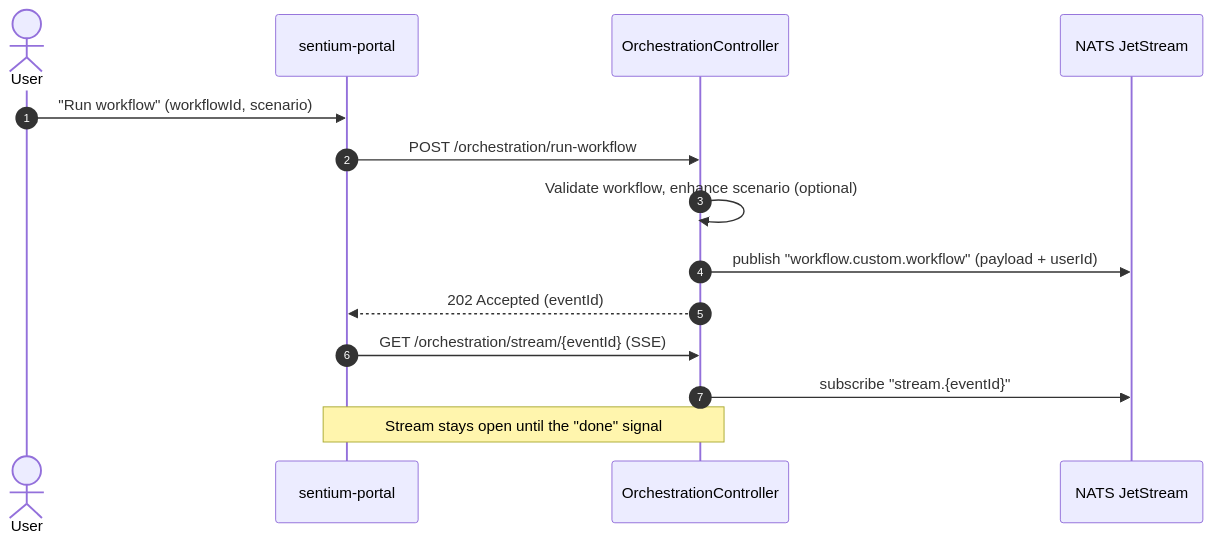
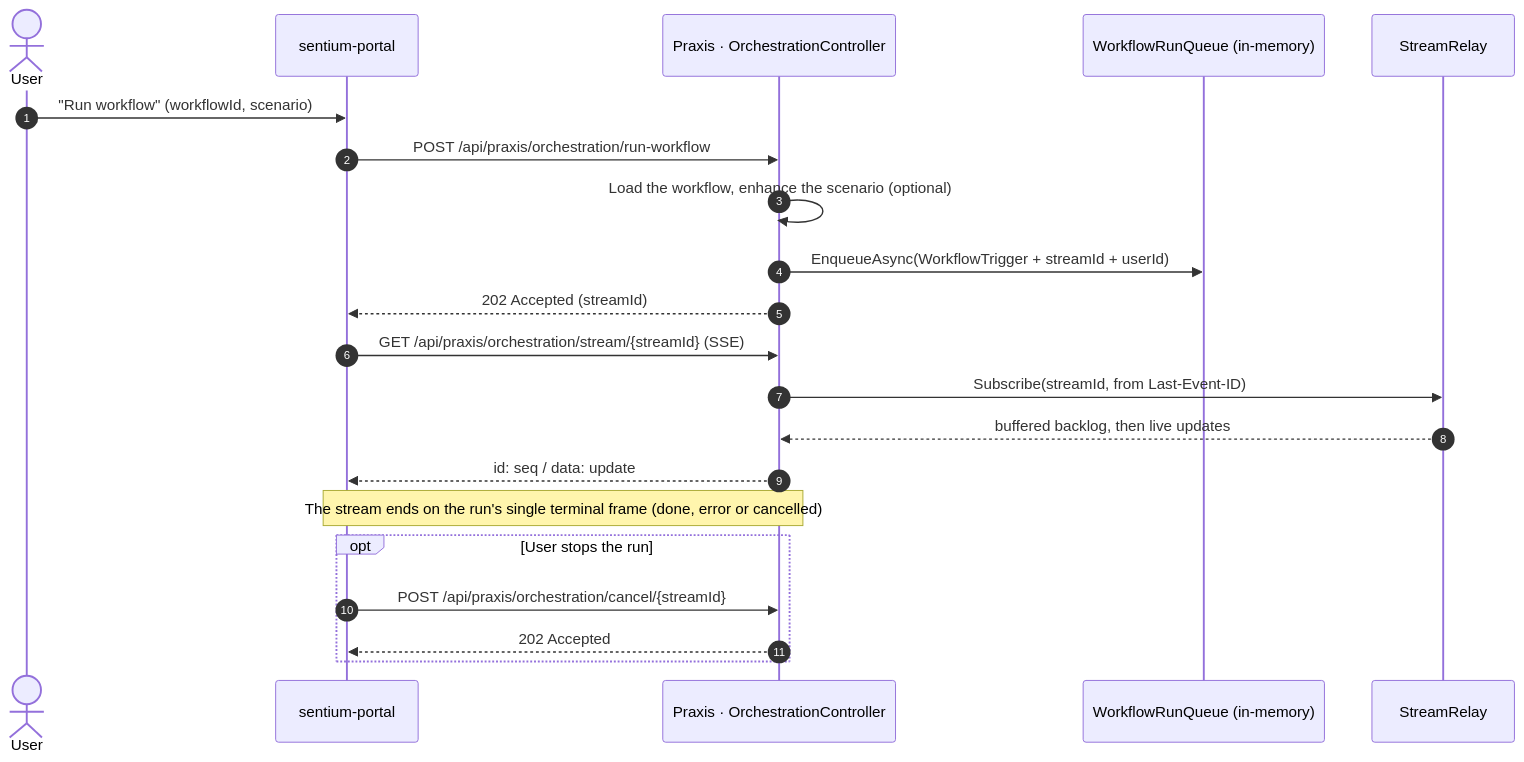
The diagram in docs/diagrams/workflows-2-trigger.md (mihailshterev/sentium), drawn with Mermaid before and after one commit. The commit also changed 99 other files, not shown here.

````diff
--- a/docs/diagrams/workflows-2-trigger.md
+++ b/docs/diagrams/workflows-2-trigger.md
@@ -1,17 +1,24 @@
 ```mermaid
 sequenceDiagram
     autonumber
     actor U as User
     participant FE as sentium-portal
-    participant OC as OrchestrationController
-    participant NATS as NATS JetStream
+    participant OC as Praxis · OrchestrationController
+    participant Q as WorkflowRunQueue (in-memory)
+    participant SR as StreamRelay
 
     U->>FE: "Run workflow" (workflowId, scenario)
-    FE->>OC: POST /orchestration/run-workflow
-    OC->>OC: Validate workflow, enhance scenario (optional)
-    OC->>NATS: publish "workflow.custom.workflow" (payload + userId)
-    OC-->>FE: 202 Accepted (eventId)
-    FE->>OC: GET /orchestration/stream/{eventId} (SSE)
-    OC->>NATS: subscribe "stream.{eventId}"
-    Note over OC,FE: Stream stays open until the "done" signal
+    FE->>OC: POST /api/praxis/orchestration/run-workflow
+    OC->>OC: Load the workflow, enhance the scenario (optional)
+    OC->>Q: EnqueueAsync(WorkflowTrigger + streamId + userId)
+    OC-->>FE: 202 Accepted (streamId)
+    FE->>OC: GET /api/praxis/orchestration/stream/{streamId} (SSE)
+    OC->>SR: Subscribe(streamId, from Last-Event-ID)
+    SR-->>OC: buffered backlog, then live updates
+    OC-->>FE: id: seq / data: update
+    Note over OC,FE: The stream ends on the run's single terminal frame (done, error or cancelled)
+    opt User stops the run
+        FE->>OC: POST /api/praxis/orchestration/cancel/{streamId}
+        OC-->>FE: 202 Accepted
+    end
 ```
````
